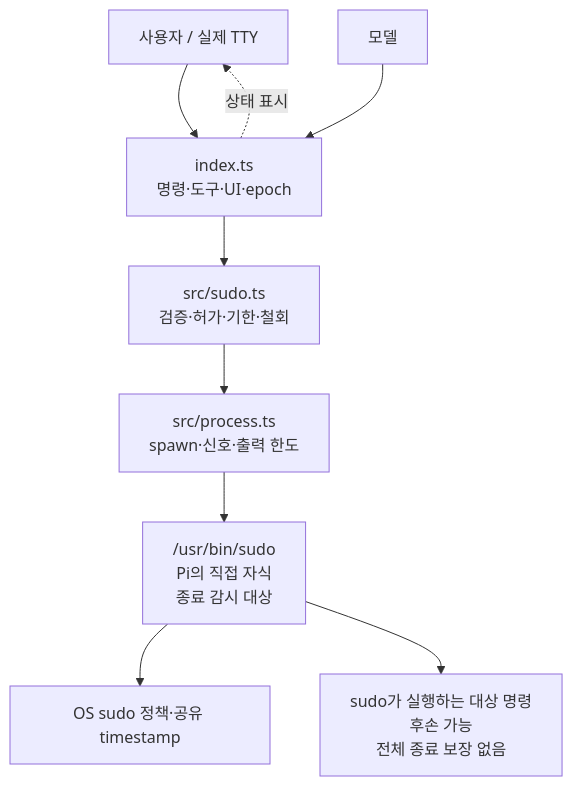
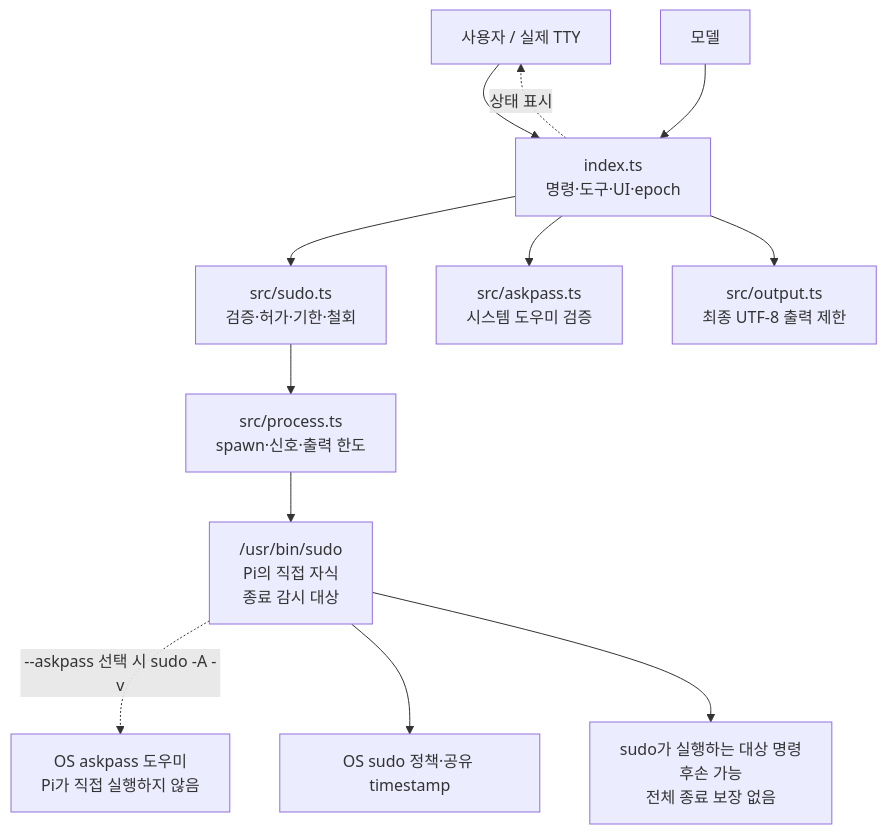
Before and after one commit to spi-ca/pi-sudo: the diagram in docs/diagram/modules.mmd, drawn with Mermaid. The commit also changed 29 other files, not shown here.

Commit message:
feat: askpass 인증과 sudo 명령 표시 개선

```diff
--- a/docs/diagram/modules.mmd
+++ b/docs/diagram/modules.mmd
@@ -1,9 +1,12 @@
 flowchart TB
     User["사용자 / 실제 TTY"] --> Entry["index.ts<br/>명령·도구·UI·epoch"]
     Model["모델"] --> Entry
     Entry --> Access["src/sudo.ts<br/>검증·허가·기한·철회"]
+    Entry --> Helper["src/askpass.ts<br/>시스템 도우미 검증"]
+    Entry --> Output["src/output.ts<br/>최종 UTF-8 출력 제한"]
     Access --> Process["src/process.ts<br/>spawn·신호·출력 한도"]
     Process --> Sudo["/usr/bin/sudo<br/>Pi의 직접 자식<br/>종료 감시 대상"]
+    Sudo -. "--askpass 선택 시 sudo -A -v" .-> HelperOS["OS askpass 도우미<br/>Pi가 직접 실행하지 않음"]
     Sudo --> Policy["OS sudo 정책·공유 timestamp"]
     Sudo --> Child["sudo가 실행하는 대상 명령<br/>후손 가능<br/>전체 종료 보장 없음"]
     Entry -. "상태 표시" .-> User
```
